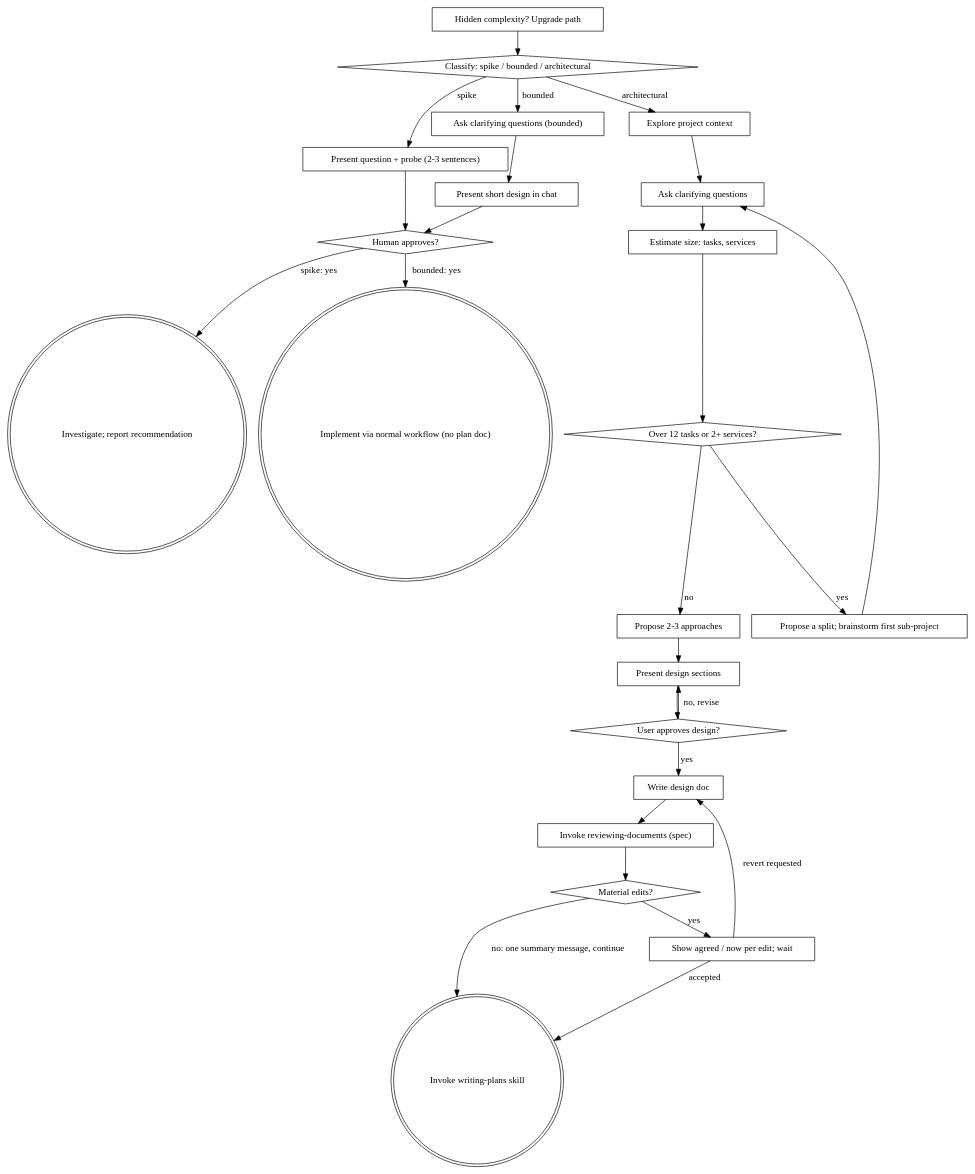
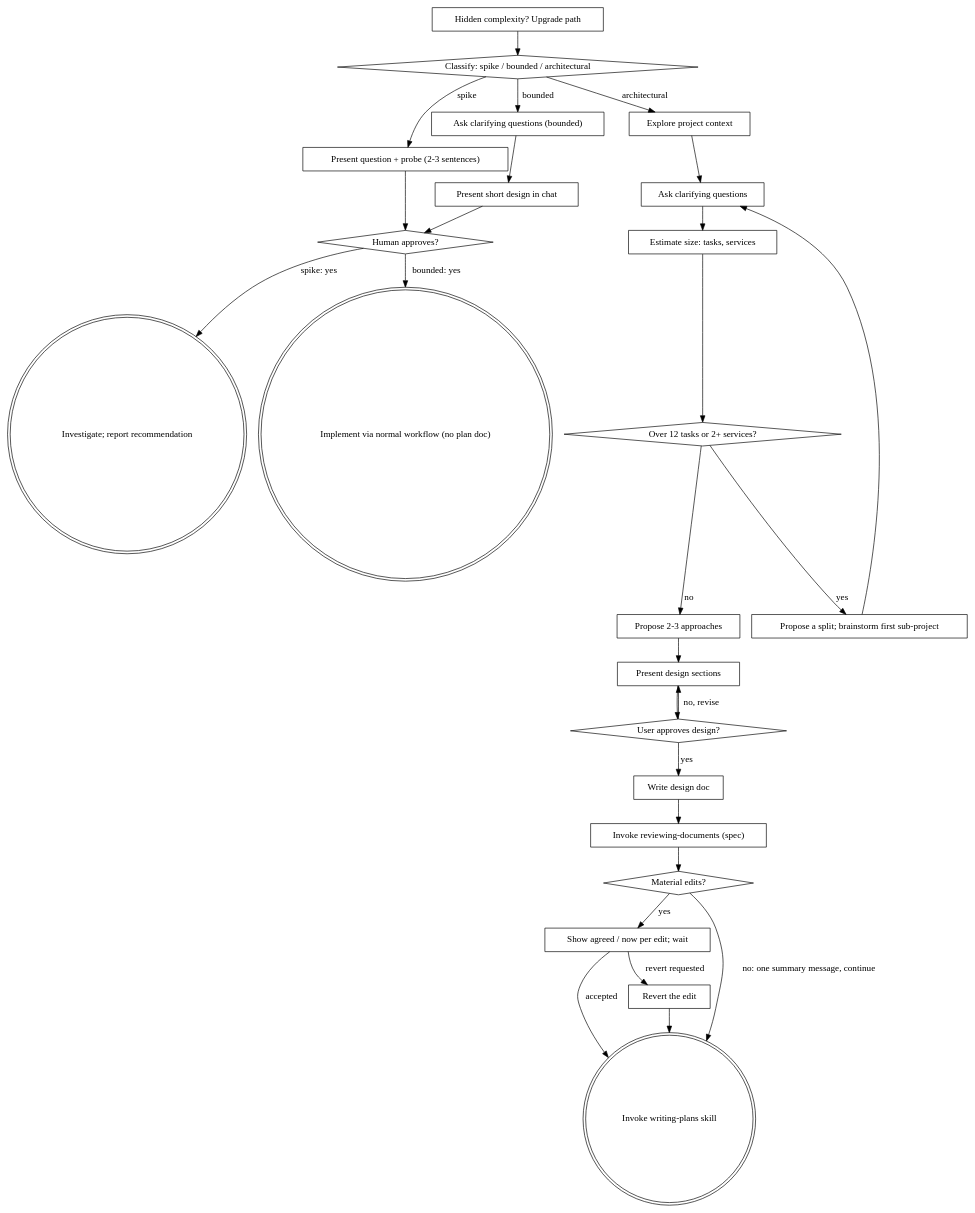
Before and after one commit to ViktorGozhiy/superpowers: the diagram in skills/brainstorming/SKILL.md, drawn with Graphviz. The commit also changed other lines of this file and 5 other files, not shown here.

Commit message:
fix: close the review loop cleanly, keep advice out of Review notes, route reverts to writing-plans

````diff
--- a/skills/brainstorming/SKILL.md
+++ b/skills/brainstorming/SKILL.md
@@ -107,51 +107,53 @@
 ```dot
 digraph brainstorming {
     "Classify: spike / bounded / architectural" [shape=diamond];
     "Present question + probe (2-3 sentences)" [shape=box];
     "Ask clarifying questions (bounded)" [shape=box];
     "Present short design in chat" [shape=box];
     "Human approves?" [shape=diamond];
     "Investigate; report recommendation" [shape=doublecircle];
     "Implement via normal workflow (no plan doc)" [shape=doublecircle];
     "Explore project context" [shape=box];
     "Ask clarifying questions" [shape=box];
     "Estimate size: tasks, services" [shape=box];
     "Over 12 tasks or 2+ services?" [shape=diamond];
     "Propose a split; brainstorm first sub-project" [shape=box];
     "Propose 2-3 approaches" [shape=box];
     "Present design sections" [shape=box];
     "User approves design?" [shape=diamond];
     "Write design doc" [shape=box];
     "Invoke reviewing-documents (spec)" [shape=box];
     "Material edits?" [shape=diamond];
     "Show agreed / now per edit; wait" [shape=box];
+    "Revert the edit" [shape=box];
     "Invoke writing-plans skill" [shape=doublecircle];
     "Hidden complexity? Upgrade path" [shape=box];
 
     "Classify: spike / bounded / architectural" -> "Present question + probe (2-3 sentences)" [label="spike"];
     "Classify: spike / bounded / architectural" -> "Ask clarifying questions (bounded)" [label="bounded"];
     "Classify: spike / bounded / architectural" -> "Explore project context" [label="architectural"];
     "Present question + probe (2-3 sentences)" -> "Human approves?";
     "Ask clarifying questions (bounded)" -> "Present short design in chat";
     "Present short design in chat" -> "Human approves?";
     "Human approves?" -> "Investigate; report recommendation" [label="spike: yes"];
     "Human approves?" -> "Implement via normal workflow (no plan doc)" [label="bounded: yes"];
     "Hidden complexity? Upgrade path" -> "Classify: spike / bounded / architectural";
     "Explore project context" -> "Ask clarifying questions";
     "Ask clarifying questions" -> "Estimate size: tasks, services";
     "Estimate size: tasks, services" -> "Over 12 tasks or 2+ services?";
     "Over 12 tasks or 2+ services?" -> "Propose a split; brainstorm first sub-project" [label="yes"];
     "Propose a split; brainstorm first sub-project" -> "Ask clarifying questions";
     "Over 12 tasks or 2+ services?" -> "Propose 2-3 approaches" [label="no"];
     "Propose 2-3 approaches" -> "Present design sections";
     "Present design sections" -> "User approves design?";
     "User approves design?" -> "Present design sections" [label="no, revise"];
     "User approves design?" -> "Write design doc" [label="yes"];
     "Write design doc" -> "Invoke reviewing-documents (spec)";
     "Invoke reviewing-documents (spec)" -> "Material edits?";
     "Material edits?" -> "Invoke writing-plans skill" [label="no: one summary message, continue"];
     "Material edits?" -> "Show agreed / now per edit; wait" [label="yes"];
     "Show agreed / now per edit; wait" -> "Invoke writing-plans skill" [label="accepted"];
-    "Show agreed / now per edit; wait" -> "Write design doc" [label="revert requested"];
+    "Show agreed / now per edit; wait" -> "Revert the edit" [label="revert requested"];
+    "Revert the edit" -> "Invoke writing-plans skill";
 }
 ```
````
